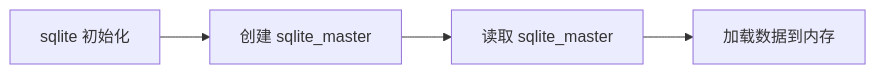
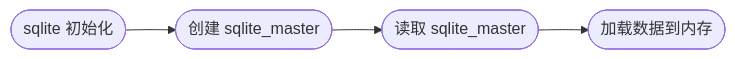
One commit to amwps290/amwps290.github.io changed the diagram in _posts/sqlite3/2024-09-26-sqlite3-p2.md. Above: the diagram before and after it, drawn with Mermaid. The commit also changed other lines of this file, not shown here.

Commit message:
更新图示代码

````diff
--- a/_posts/sqlite3/2024-09-26-sqlite3-p2.md
+++ b/_posts/sqlite3/2024-09-26-sqlite3-p2.md
@@ -15,4 +15,4 @@
 ```mermaid
-graph LR
-A[sqlite 初始化] --> B[创建 sqlite_master] --> C[读取 sqlite_master] --> D[加载数据到内存]
+flowchart LR
+  A([sqlite 初始化]) --> B([创建 sqlite_master]) --> C([读取 sqlite_master]) --> D([加载数据到内存])
 ```
````
